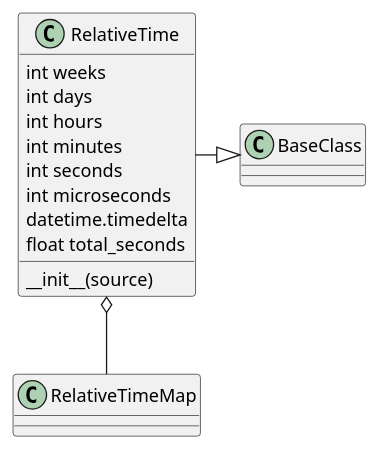
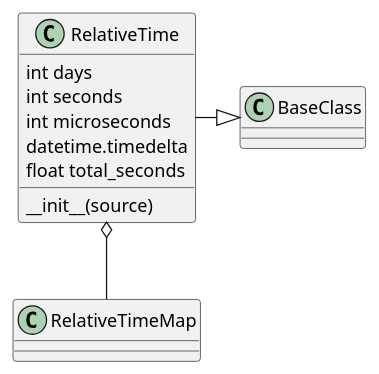
Before and after one commit to russell-n/theape: the second of 3 diagrams in ape/interface/timemap.rst, drawn with PlantUML. The commit also changed other lines of this file and 129 other files, not shown here.

Commit message:
Finished RelativeTime and AbsoluteTime to get timedeltas and datetimes from strings and added get_relativetime and get_datetime to the ConfigurationMap

```diff
--- a/ape/interface/timemap.rst
+++ b/ape/interface/timemap.rst
@@ -62,13 +66,10 @@
 .. uml::
 
    RelativeTime -|> BaseClass
    RelativeTime o-- RelativeTimeMap
    RelativeTime : __init__(source)
-   RelativeTime : int weeks
    RelativeTime : int days
-   RelativeTime : int hours
-   RelativeTime : int minutes
    RelativeTime : int seconds
    RelativeTime : int microseconds
    RelativeTime : datetime.timedelta
    RelativeTime : float total_seconds
```
